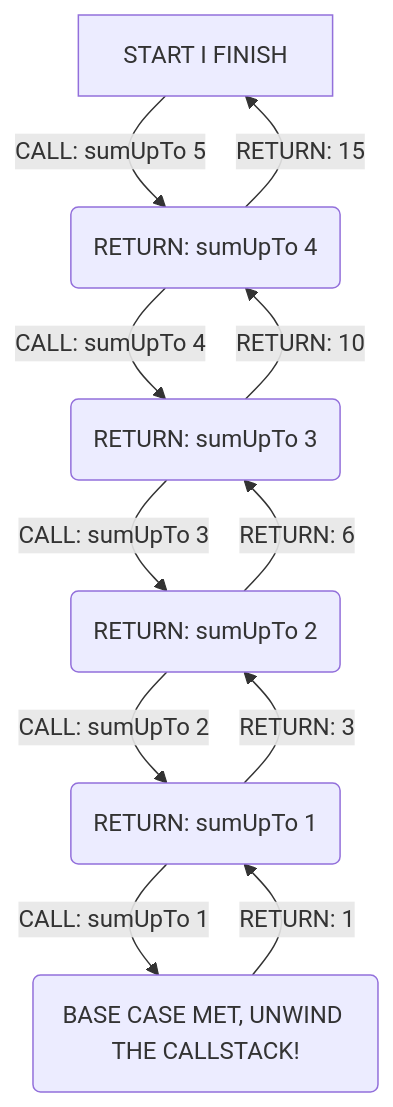
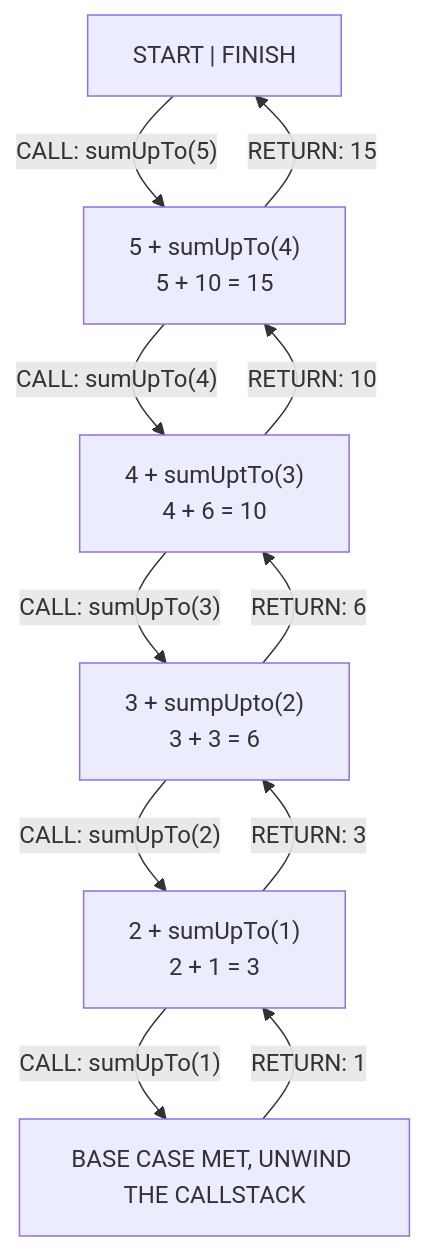
Before and after one commit to bazmurphy/dsa-challenges: the diagram in src/04-recursion/02-unwinding/readme.md, drawn with Mermaid. The commit also changed other lines of this file and 5 other files, not shown here.

````diff
--- a/src/04-recursion/02-unwinding/readme.md
+++ b/src/04-recursion/02-unwinding/readme.md
@@ -83,13 +85,13 @@
 ```mermaid
 graph TD
-  A[START I FINISH] -->|CALL: sumUpTo 5 | B(RETURN: sumUpTo 4)
-  B -->|CALL: sumUpTo 4 | C(RETURN: sumUpTo 3)
-  C -->|CALL: sumUpTo 3 | D(RETURN: sumUpTo 2)
-  D -->|CALL: sumUpTo 2 | E(RETURN: sumUpTo 1)
-  E -->|CALL: sumUpTo 1 | F(BASE CASE MET, UNWIND THE CALLSTACK!)
+  A["START | FINISH"] -->|"CALL: sumUpTo(5)"| B["5 + sumUpTo(4) <br> 5 + 10 = 15"]
+  B -->|"CALL: sumUpTo(4)"| C["4 + sumUptTo(3) <br>4 + 6 = 10"]
+  C -->|"CALL: sumUpTo(3)"| D["3 + sumpUpto(2) <br>3 + 3 = 6"]
+  D -->|"CALL: sumUpTo(2)"| E["2 + sumUpTo(1) <br> 2 + 1 = 3"]
+  E -->|"CALL: sumUpTo(1)"| F[BASE CASE MET, UNWIND THE CALLSTACK]
   F -->|RETURN: 1 | E
   E -->|RETURN: 3 | D
   D -->|RETURN: 6 | C
   C -->|RETURN: 10 | B
   B -->|RETURN: 15 | A
 ```
````
